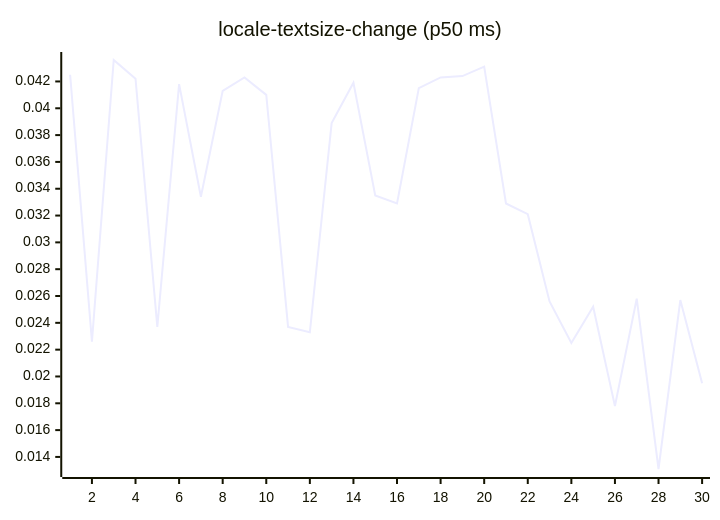
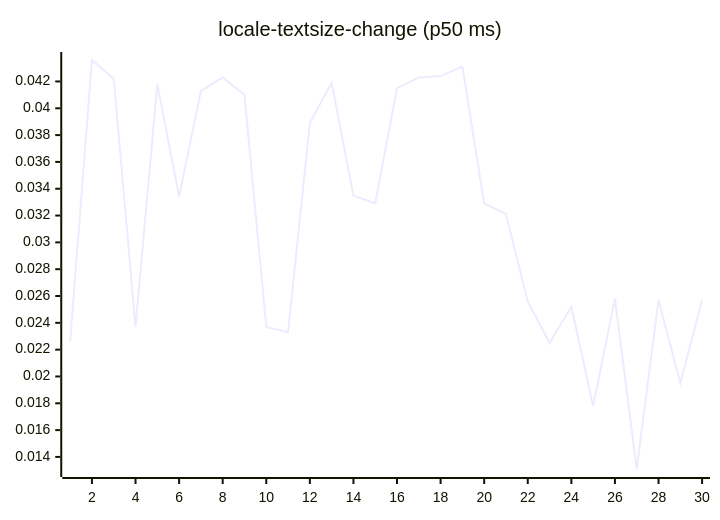
Before and after one commit to josha/Facet: diagram 13 of 27 in README.md, drawn with Mermaid. The commit also changed other lines of this file and 2 other files, not shown here.

````diff
--- a/README.md
+++ b/README.md
@@ -147,6 +147,6 @@
 ```mermaid
 xychart-beta
     title "locale-textsize-change (p50 ms)"
     x-axis 1 --> 30
-    line [0.0425, 0.0226, 0.0436, 0.0422, 0.0237, 0.0418, 0.0334, 0.0413, 0.0423, 0.0410, 0.0237, 0.0233, 0.0389, 0.0419, 0.0335, 0.0329, 0.0415, 0.0423, 0.0424, 0.0431, 0.0329, 0.0321, 0.0256, 0.0225, 0.0252, 0.0178, 0.0258, 0.0131, 0.0257, 0.0195]
+    line [0.0226, 0.0436, 0.0422, 0.0237, 0.0418, 0.0334, 0.0413, 0.0423, 0.0410, 0.0237, 0.0233, 0.0389, 0.0419, 0.0335, 0.0329, 0.0415, 0.0423, 0.0424, 0.0431, 0.0329, 0.0321, 0.0256, 0.0225, 0.0252, 0.0178, 0.0258, 0.0131, 0.0257, 0.0195, 0.0257]
 ```
````
